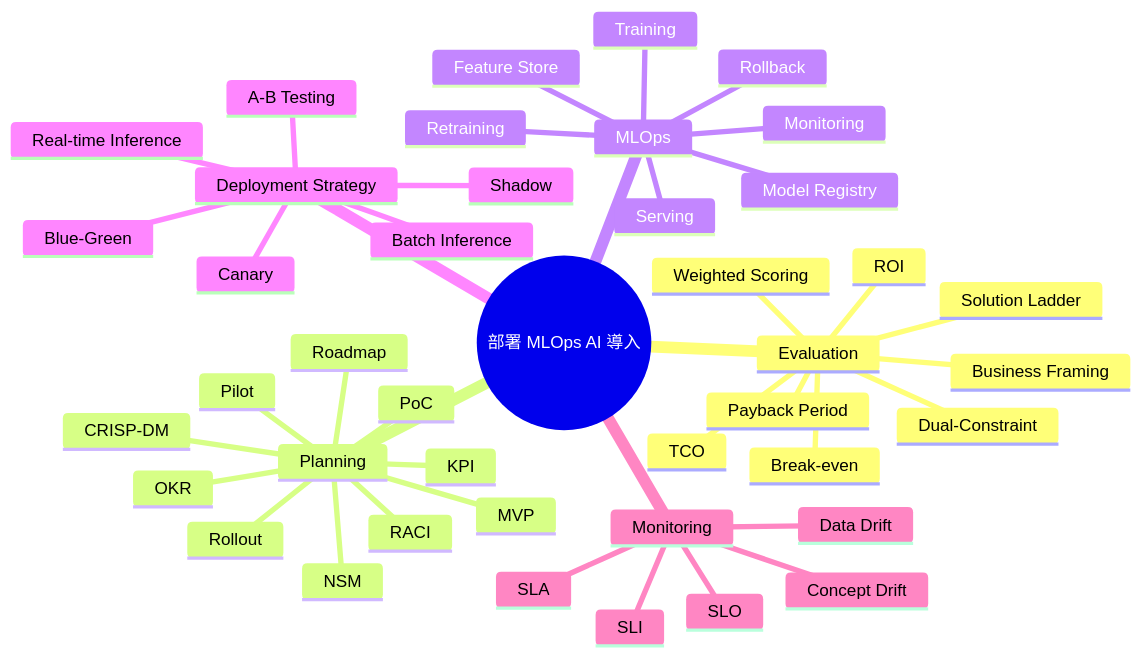
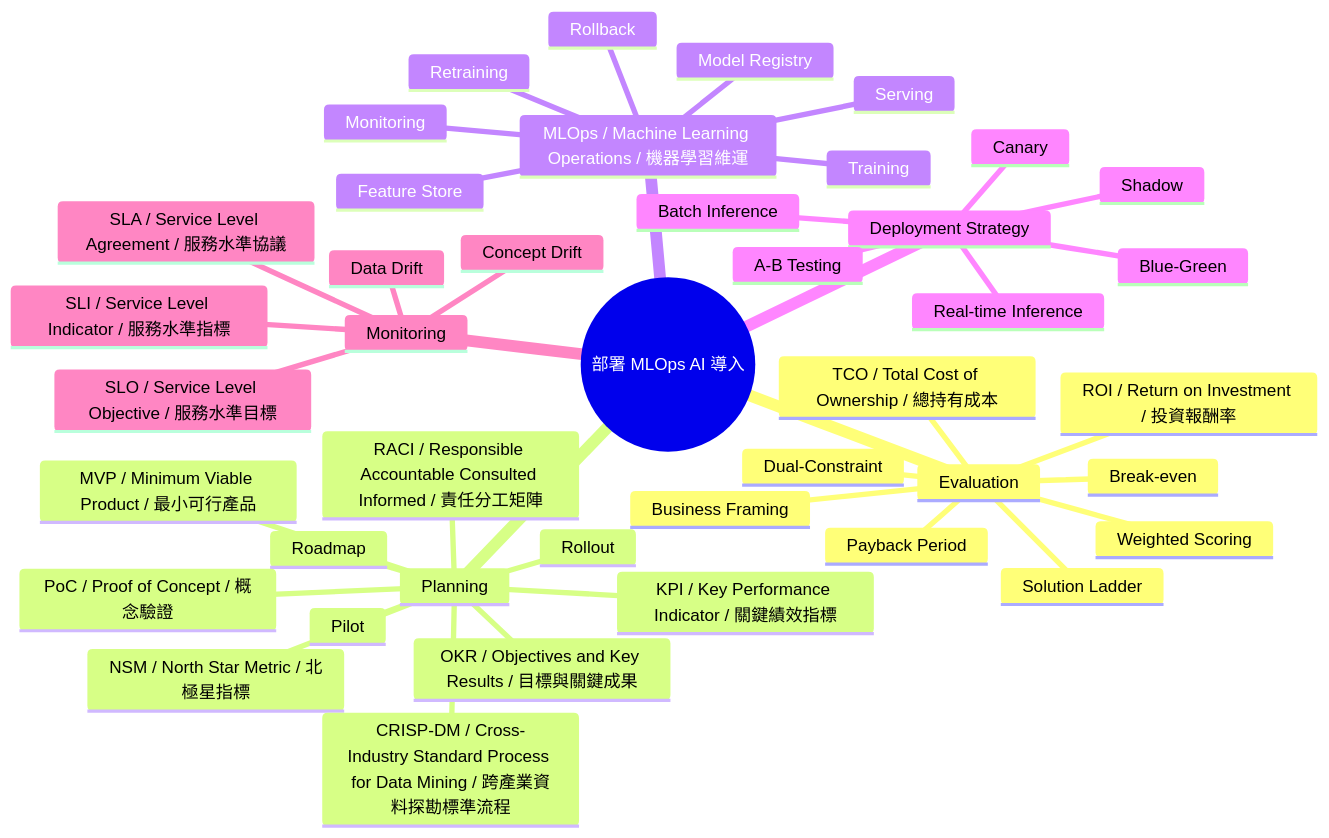
One commit to douglas168/levelcert changed the eighth of 10 diagrams in content/ipas/ipas-ai-mindmap.md. Above: the diagram before and after it, drawn with Mermaid. The commit also changed other lines of this file and 127 other files, not shown here.

````diff
--- a/content/ipas/ipas-ai-mindmap.md
+++ b/content/ipas/ipas-ai-mindmap.md
@@ -376,45 +376,45 @@
 ```mermaid
 mindmap
   root((部署 MLOps AI 導入))
     Evaluation
       Business Framing
       Dual-Constraint
       Weighted Scoring
-      TCO
-      ROI
+      TCO / Total Cost of Ownership / 總持有成本
+      ROI / Return on Investment / 投資報酬率
       Payback Period
       Break-even
       Solution Ladder
     Planning
       Roadmap
-      RACI
-      NSM
-      OKR
-      KPI
-      PoC
-      MVP
+      RACI / Responsible Accountable Consulted Informed / 責任分工矩陣
+      NSM / North Star Metric / 北極星指標
+      OKR / Objectives and Key Results / 目標與關鍵成果
+      KPI / Key Performance Indicator / 關鍵績效指標
+      PoC / Proof of Concept / 概念驗證
+      MVP / Minimum Viable Product / 最小可行產品
       Pilot
       Rollout
-      CRISP-DM
-    MLOps
+      CRISP-DM / Cross-Industry Standard Process for Data Mining / 跨產業資料探勘標準流程
+    MLOps / Machine Learning Operations / 機器學習維運
       Training
       Model Registry
       Feature Store
       Serving
       Monitoring
       Retraining
       Rollback
     Deployment Strategy
       Batch Inference
       Real-time Inference
       Shadow
       Canary
       Blue-Green
       A-B Testing
     Monitoring
-      SLI
-      SLO
-      SLA
+      SLI / Service Level Indicator / 服務水準指標
+      SLO / Service Level Objective / 服務水準目標
+      SLA / Service Level Agreement / 服務水準協議
       Data Drift
       Concept Drift
 ```
````
